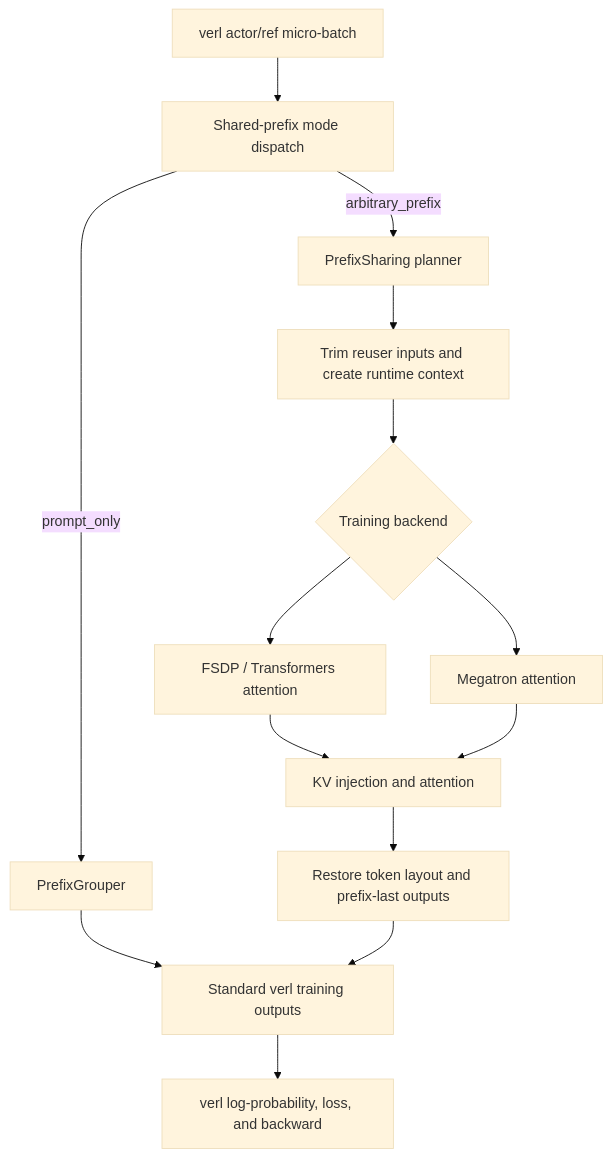
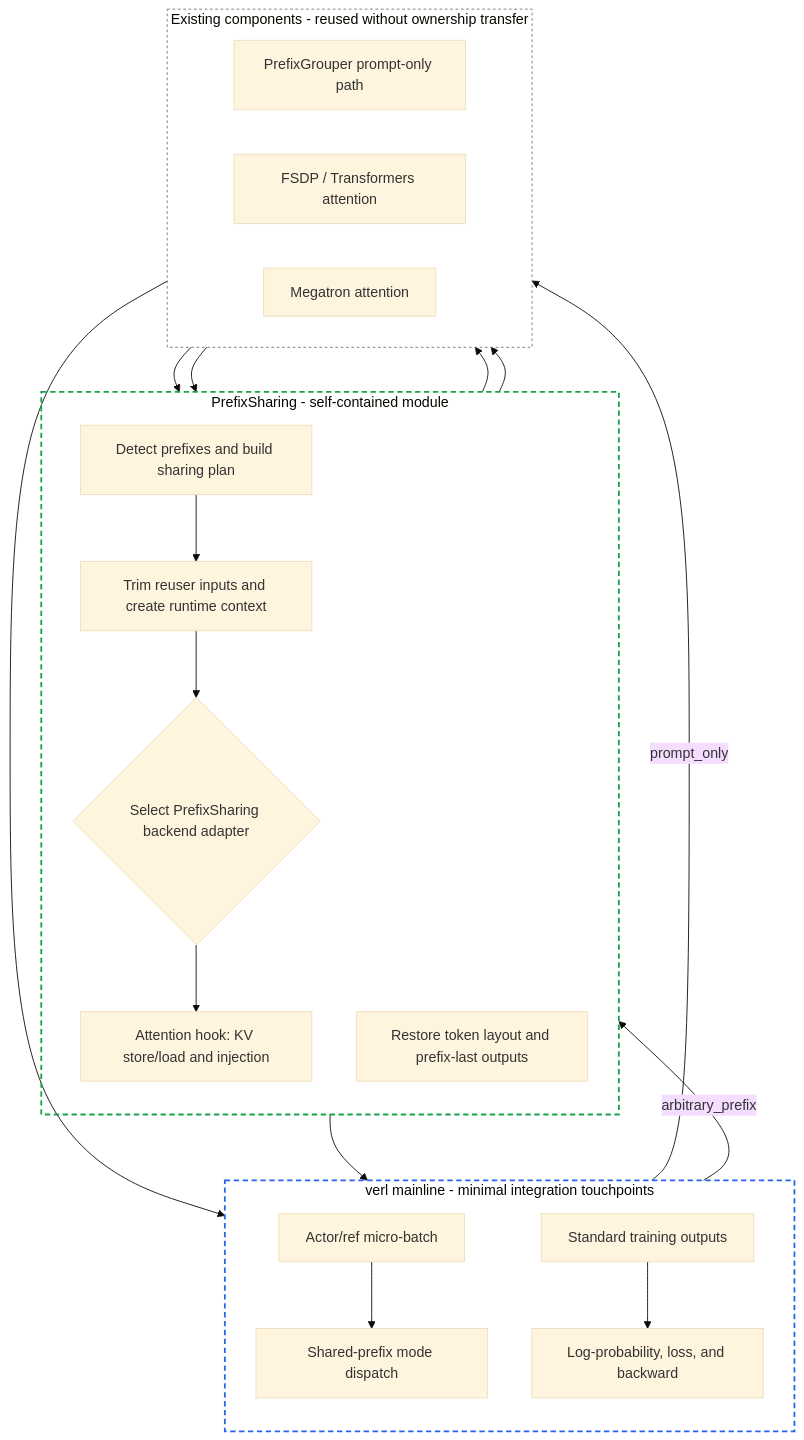
Before and after one commit to Jackie2049/PrefixSharing: the diagram in docs/rfc/verl-prefix-sharing-rfc.md, drawn with Mermaid (base theme). The commit also changed other lines of this file, not shown here.

Commit message:
[doc] 明确 RFC 中 verl 与 PrefixSharing 边界

````diff
--- a/docs/rfc/verl-prefix-sharing-rfc.md
+++ b/docs/rfc/verl-prefix-sharing-rfc.md
@@ -73,16 +73,36 @@
 ```mermaid
 flowchart TD
-    A["verl actor/ref micro-batch"] --> B["Shared-prefix mode dispatch"]
-    B -->|"prompt_only"| C["PrefixGrouper"]
-    B -->|"arbitrary_prefix"| D["PrefixSharing planner"]
-    D --> E["Trim reuser inputs and create runtime context"]
-    E --> F{"Training backend"}
-    F --> G["FSDP / Transformers attention"]
-    F --> H["Megatron attention"]
-    G --> I["KV injection and attention"]
-    H --> I
-    I --> J["Restore token layout and prefix-last outputs"]
-    C --> K["Standard verl training outputs"]
+    subgraph VERL["verl mainline - minimal integration touchpoints"]
+        direction TD
+        A["Actor/ref micro-batch"] --> B["Shared-prefix mode dispatch"]
+        K["Standard training outputs"] --> L["Log-probability, loss, and backward"]
+    end
+
+    subgraph PREFIX_SHARING["PrefixSharing - self-contained module"]
+        direction TD
+        D["Detect prefixes and build sharing plan"] --> E["Trim reuser inputs and create runtime context"]
+        E --> F{"Select PrefixSharing backend adapter"}
+        F --> I["Attention hook: KV store/load and injection"]
+        J["Restore token layout and prefix-last outputs"]
+    end
+
+    subgraph EXISTING["Existing components - reused without ownership transfer"]
+        direction LR
+        C["PrefixGrouper prompt-only path"]
+        G["FSDP / Transformers attention"]
+        H["Megatron attention"]
+    end
+
+    B -->|"prompt_only"| C
+    B -->|"arbitrary_prefix"| D
+    C --> K
+    I --> G
+    I --> H
+    G --> J
+    H --> J
     J --> K
-    K --> L["verl log-probability, loss, and backward"]
+
+    style VERL fill:none,stroke:#2563eb,stroke-width:2px,stroke-dasharray:6 4
+    style PREFIX_SHARING fill:none,stroke:#16a34a,stroke-width:2px,stroke-dasharray:6 4
+    style EXISTING fill:none,stroke:#6b7280,stroke-width:1px,stroke-dasharray:3 3
 ```
````
